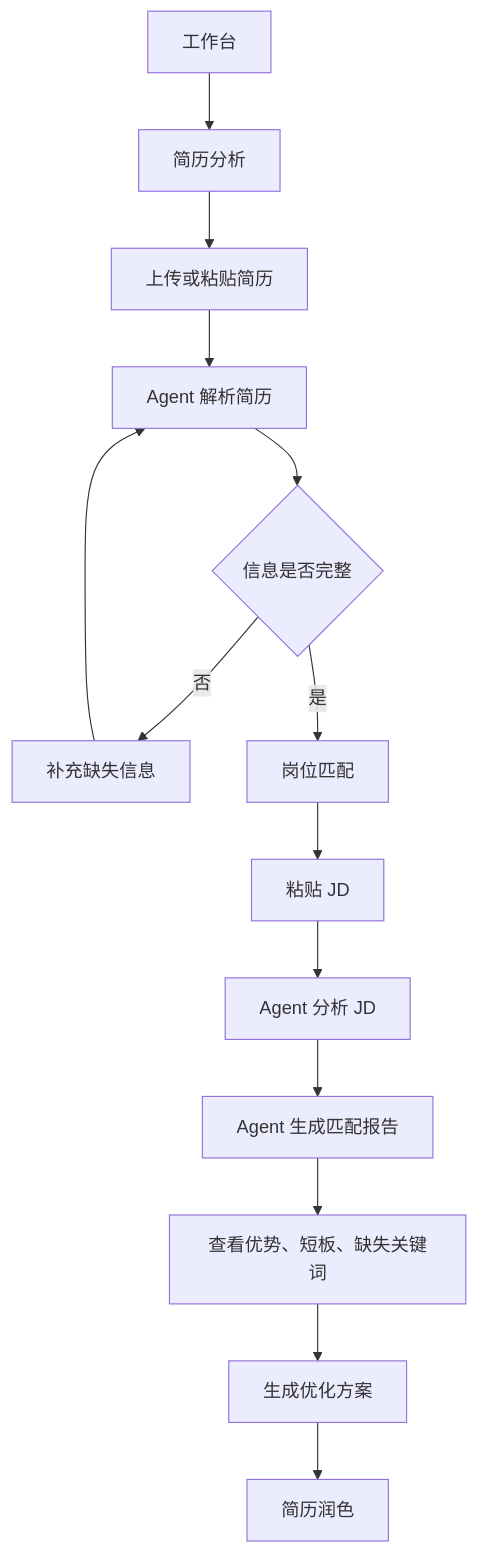
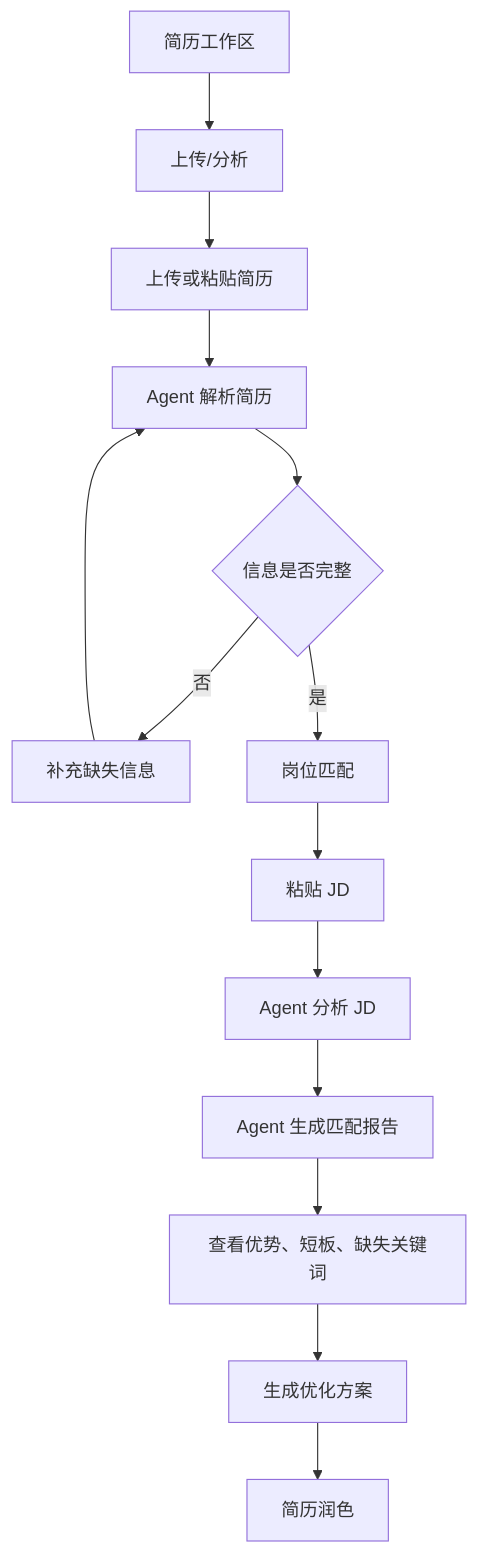
Before and after one commit to B20031620/careerpilot-resume-agent: the first of 5 diagrams in docs/design.md, drawn with Mermaid. The commit also changed other lines of this file and 22 other files, not shown here.

````diff
--- a/docs/design.md
+++ b/docs/design.md
@@ -823,16 +831,16 @@
 ```mermaid
 flowchart TD
-    A["工作台"] --> B["简历分析"]
+    A["简历工作区"] --> B["上传/分析"]
     B --> C["上传或粘贴简历"]
     C --> D["Agent 解析简历"]
     D --> E{"信息是否完整"}
     E -- "否" --> F["补充缺失信息"]
     F --> D
     E -- "是" --> G["岗位匹配"]
     G --> H["粘贴 JD"]
     H --> I["Agent 分析 JD"]
     I --> J["Agent 生成匹配报告"]
     J --> K["查看优势、短板、缺失关键词"]
     K --> L["生成优化方案"]
     L --> M["简历润色"]
 ```
````
